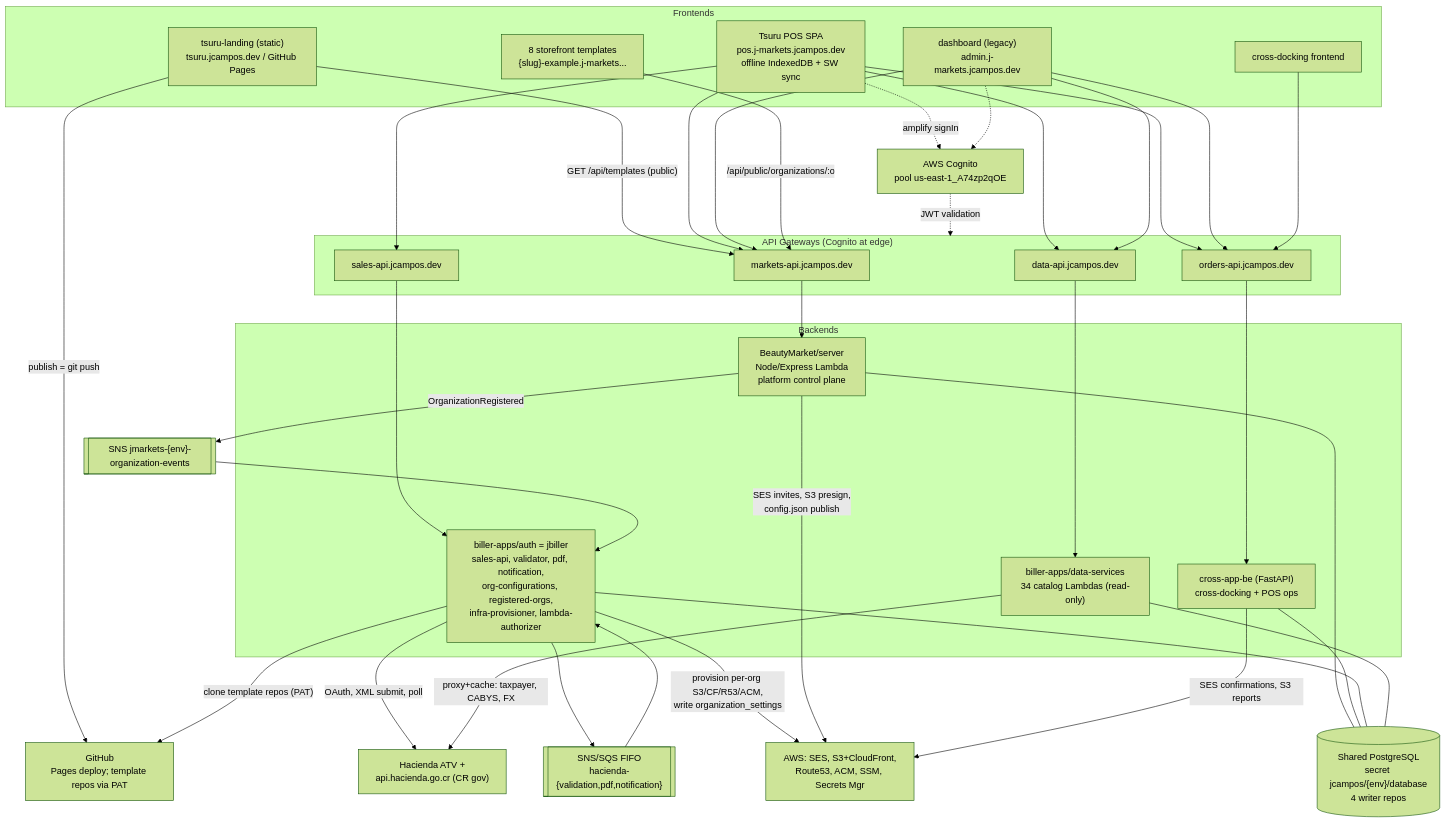
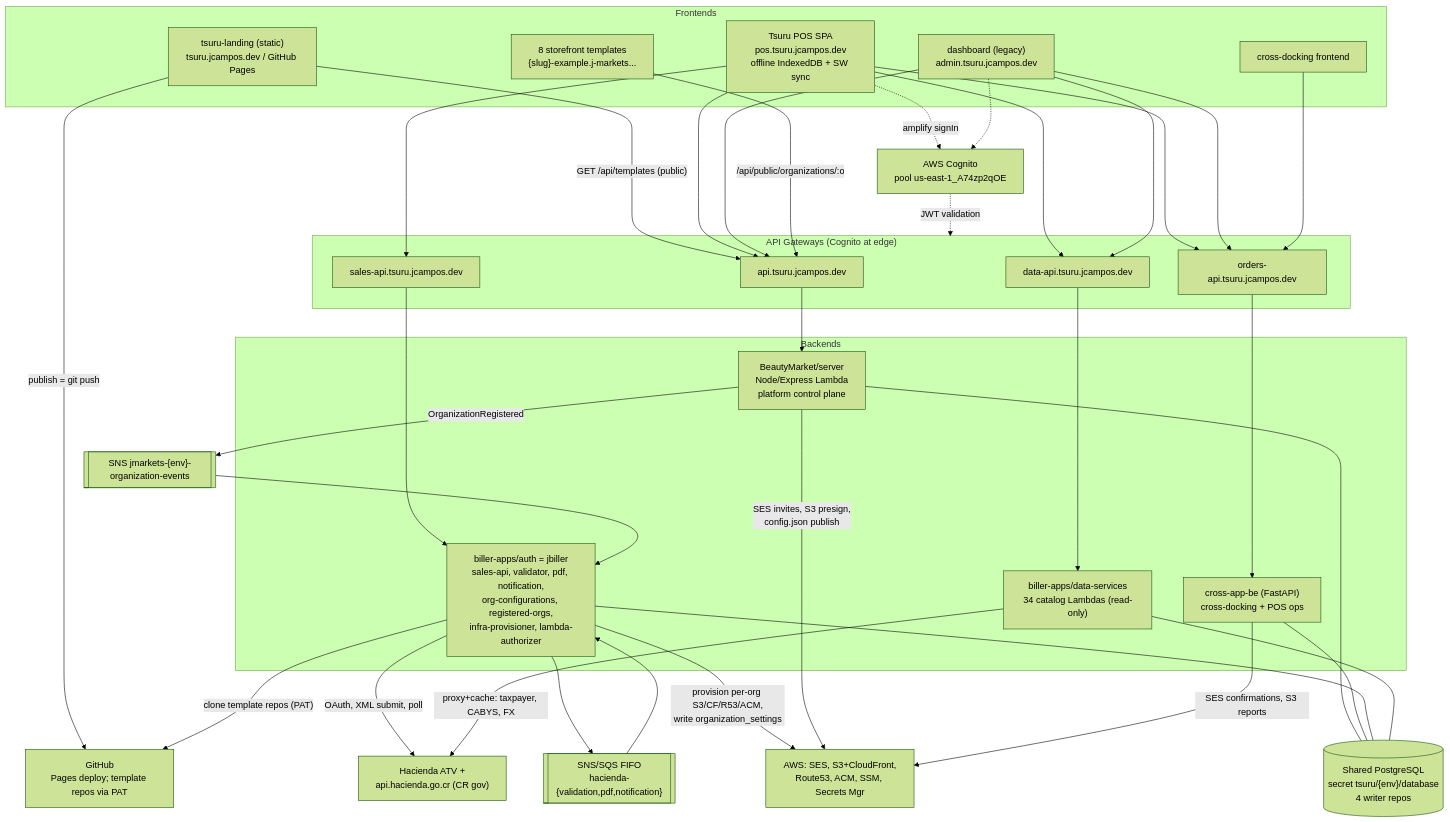
One commit to chepelcr/BeautyMarket changed the diagram in docs/audit/tsuru/tsuru_system_discovery.md. Above: the diagram before and after it, drawn with Mermaid (forest theme). The commit also changed other lines of this file and 92 other files, not shown here.

First line of the commit message:
[migration] Correct the jcampos->tsuru domain migration across monorepo docs/scripts/dashboard

````diff
--- a/docs/audit/tsuru/tsuru_system_discovery.md
+++ b/docs/audit/tsuru/tsuru_system_discovery.md
@@ -126,62 +126,62 @@
 ```mermaid
 flowchart TB
   subgraph FE["Frontends"]
     LANDING["tsuru-landing (static)<br/>tsuru.jcampos.dev / GitHub Pages"]
-    POS["Tsuru POS SPA<br/>pos.j-markets.jcampos.dev<br/>offline IndexedDB + SW sync"]
-    DASH["dashboard (legacy)<br/>admin.j-markets.jcampos.dev"]
+    POS["Tsuru POS SPA<br/>pos.tsuru.jcampos.dev<br/>offline IndexedDB + SW sync"]
+    DASH["dashboard (legacy)<br/>admin.tsuru.jcampos.dev"]
     STORES["8 storefront templates<br/>{slug}-example.j-markets..."]
     CDFE["cross-docking frontend"]
   end
 
   subgraph GW["API Gateways (Cognito at edge)"]
-    MAPI["markets-api.jcampos.dev"]
-    OAPI["orders-api.jcampos.dev"]
-    SAPI["sales-api.jcampos.dev"]
-    DAPI["data-api.jcampos.dev"]
+    MAPI["api.tsuru.jcampos.dev"]
+    OAPI["orders-api.tsuru.jcampos.dev"]
+    SAPI["sales-api.tsuru.jcampos.dev"]
+    DAPI["data-api.tsuru.jcampos.dev"]
   end
 
   subgraph BE["Backends"]
     SERVER["BeautyMarket/server<br/>Node/Express Lambda<br/>platform control plane"]
     CAB["cross-app-be (FastAPI)<br/>cross-docking + POS ops"]
     JB["biller-apps/auth = jbiller<br/>sales-api, validator, pdf, notification,<br/>org-configurations, registered-orgs,<br/>infra-provisioner, lambda-authorizer"]
     DS["biller-apps/data-services<br/>34 catalog Lambdas (read-only)"]
   end
 
-  DB[("Shared PostgreSQL<br/>secret jcampos/{env}/database<br/>4 writer repos")]
+  DB[("Shared PostgreSQL<br/>secret tsuru/{env}/database<br/>4 writer repos")]
   COG["AWS Cognito<br/>pool us-east-1_A74zp2qOE"]
   SNS1[["SNS jmarkets-{env}-organization-events"]]
   FIFO[["SNS/SQS FIFO<br/>hacienda-{validation,pdf,notification}"]]
   HAC["Hacienda ATV +<br/>api.hacienda.go.cr (CR gov)"]
   AWSX["AWS: SES, S3+CloudFront,<br/>Route53, ACM, SSM, Secrets Mgr"]
   GH["GitHub<br/>Pages deploy; template repos via PAT"]
 
   LANDING -->|"GET /api/templates (public)"| MAPI
   LANDING -->|"publish = git push"| GH
   POS --> MAPI & OAPI & SAPI & DAPI
   DASH --> MAPI & OAPI & DAPI
   STORES -->|"/api/public/organizations/:o"| MAPI
   CDFE --> OAPI
 
   MAPI --> SERVER
   OAPI --> CAB
   SAPI --> JB
   DAPI --> DS
 
   SERVER --- DB
   CAB --- DB
   JB --- DB
   DS --- DB
 
   SERVER -->|OrganizationRegistered| SNS1 --> JB
   JB --> FIFO --> JB
   JB -->|"OAuth, XML submit, poll"| HAC
   DS -->|"proxy+cache: taxpayer, CABYS, FX"| HAC
   JB -->|"provision per-org S3/CF/R53/ACM,<br/>write organization_settings"| AWSX
   JB -->|"clone template repos (PAT)"| GH
   SERVER -->|"SES invites, S3 presign,<br/>config.json publish"| AWSX
   CAB -->|"SES confirmations, S3 reports"| AWSX
 
   COG -.->|JWT validation| GW
   POS -.->|amplify signIn| COG
   DASH -.-> COG
 ```
````
